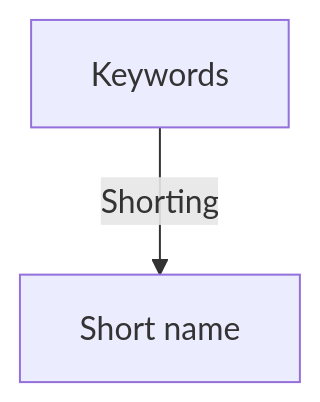
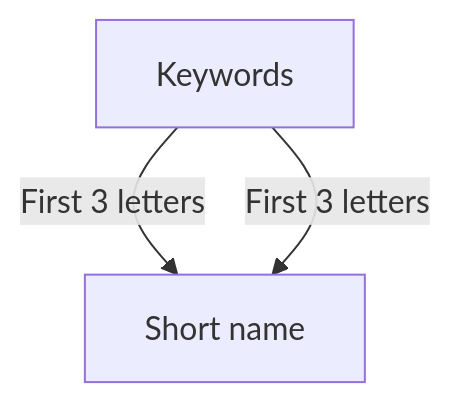
One commit to haithamaouati/GSN changed the diagram in README.md. Above: the diagram before and after it, drawn with Mermaid.

````diff
--- a/README.md
+++ b/README.md
@@ -33,4 +33,5 @@
 ```mermaid
-flowchart TD;
-A[Keywords]-->|Shorting|B[Short name];
+graph TD
+A[Keywords] -->|First 3 letters|B[Short name];
+    A -->|First 3 letters| B;
 ```
````
